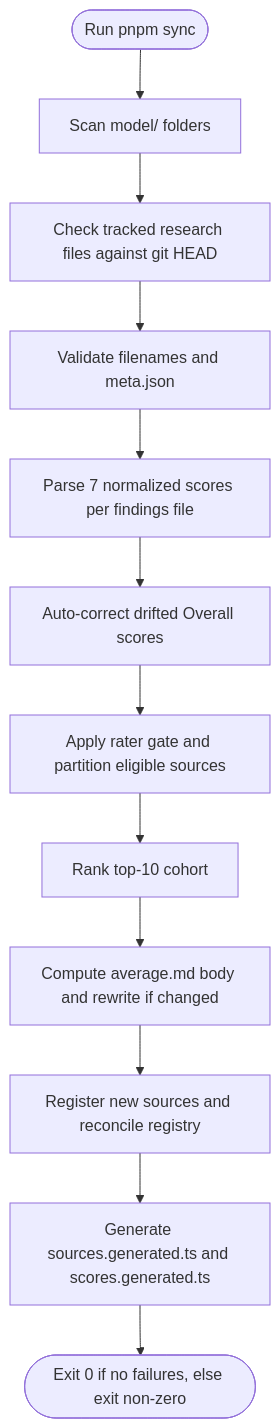
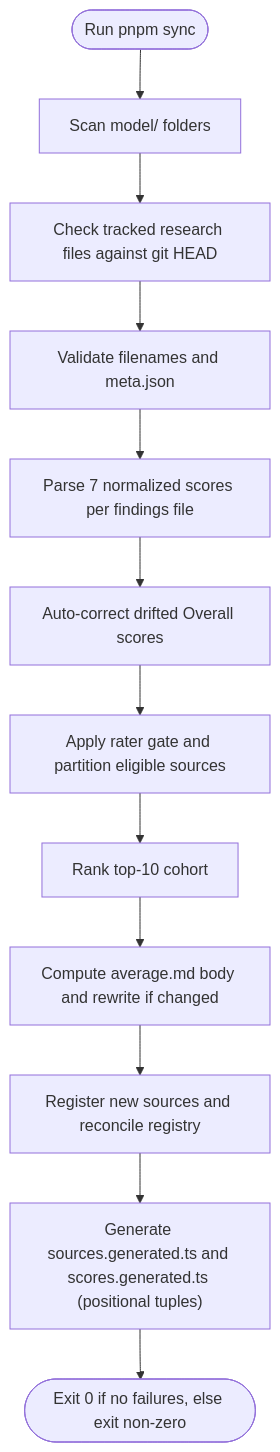
The second of 9 diagrams in .qoder/repowiki/en/content/Data Management System/Data Synchronization Pipeline/Data Synchronization Pipeline.md (delirium-dj/modelcomp), drawn with Mermaid before and after one commit. The commit also changed other lines of this file and 72 other files, not shown here.

````diff
--- a/.qoder/repowiki/en/content/Data Management System/Data Synchronization Pipeline/Data Synchronization Pipeline.md
+++ b/.qoder/repowiki/en/content/Data Management System/Data Synchronization Pipeline/Data Synchronization Pipeline.md
@@ -112,14 +142,14 @@
 ```mermaid
 flowchart TD
 Start(["Run pnpm sync"]) --> Scan["Scan model/<slug> folders"]
 Scan --> Permanence["Check tracked research files against git HEAD"]
 Permanence --> Hygiene["Validate filenames and meta.json"]
 Hygiene --> ParseScores["Parse 7 normalized scores per findings file"]
 ParseScores --> CorrectOverall["Auto-correct drifted Overall scores"]
 CorrectOverall --> RaterGate["Apply rater gate and partition eligible sources"]
 RaterGate --> Top10["Rank top-10 cohort"]
 Top10 --> Average["Compute average.md body and rewrite if changed"]
 Average --> Registry["Register new sources and reconcile registry"]
-Registry --> Codegen["Generate sources.generated.ts and scores.generated.ts"]
+Registry --> Codegen["Generate sources.generated.ts and scores.generated.ts (positional tuples)"]
 Codegen --> End(["Exit 0 if no failures, else exit non-zero"])
 ```
````
